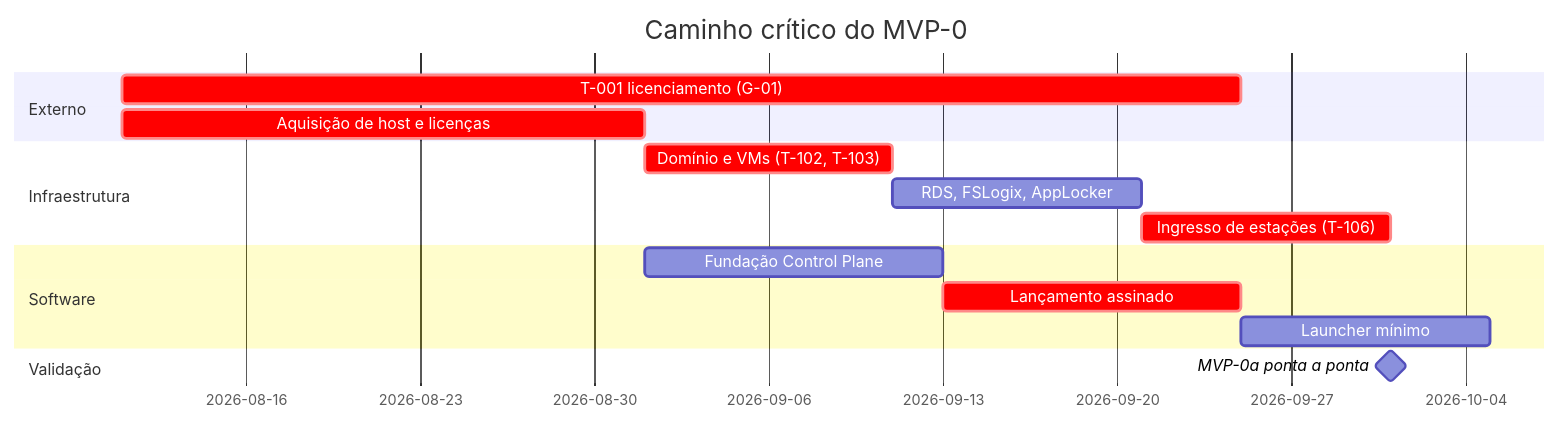
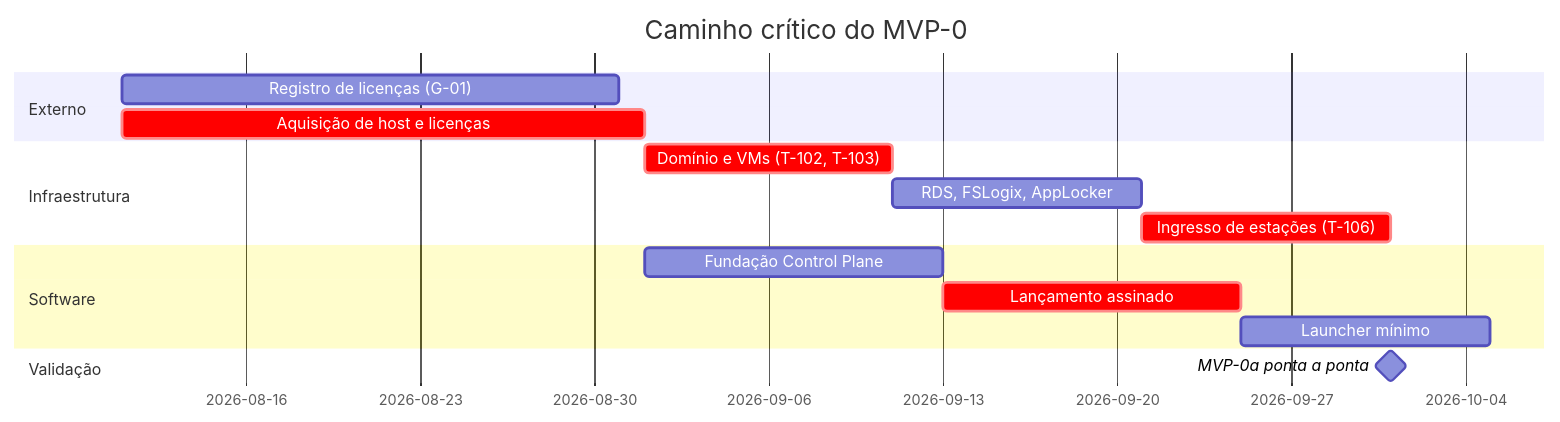
One commit to fredabsd-svg/APPBRIDGE changed the diagram in docs/ROADMAP.md. Above: the diagram before and after it, drawn with Mermaid. The commit also changed other lines of this file and 9 other files, not shown here.

````diff
--- a/docs/ROADMAP.md
+++ b/docs/ROADMAP.md
@@ -325,18 +328,18 @@
 ```mermaid
 gantt
     dateFormat YYYY-MM-DD
     title Caminho crítico do MVP-0
     section Externo
-    T-001 licenciamento (G-01)      :crit, t1, 2026-08-11, 45d
+    Registro de licenças (G-01)     :t1, 2026-08-11, 20d
     Aquisição de host e licenças    :crit, a1, 2026-08-11, 21d
     section Infraestrutura
     Domínio e VMs (T-102, T-103)    :crit, i1, after a1, 10d
     RDS, FSLogix, AppLocker         :i2, after i1, 10d
     Ingresso de estações (T-106)    :crit, i3, after i2, 10d
     section Software
     Fundação Control Plane          :s1, after a1, 12d
     Lançamento assinado             :crit, s2, after s1, 12d
     Launcher mínimo                 :s3, after s2, 10d
     section Validação
     MVP-0a ponta a ponta            :milestone, m1, after i3, 0d
 ```
````
